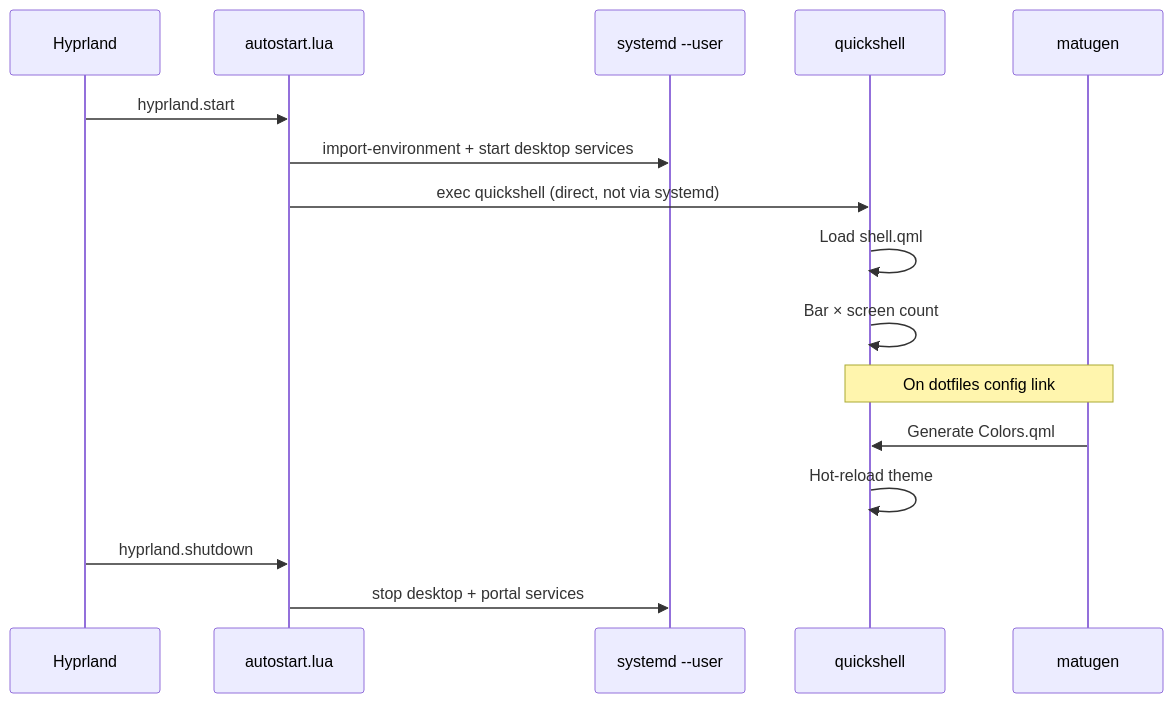
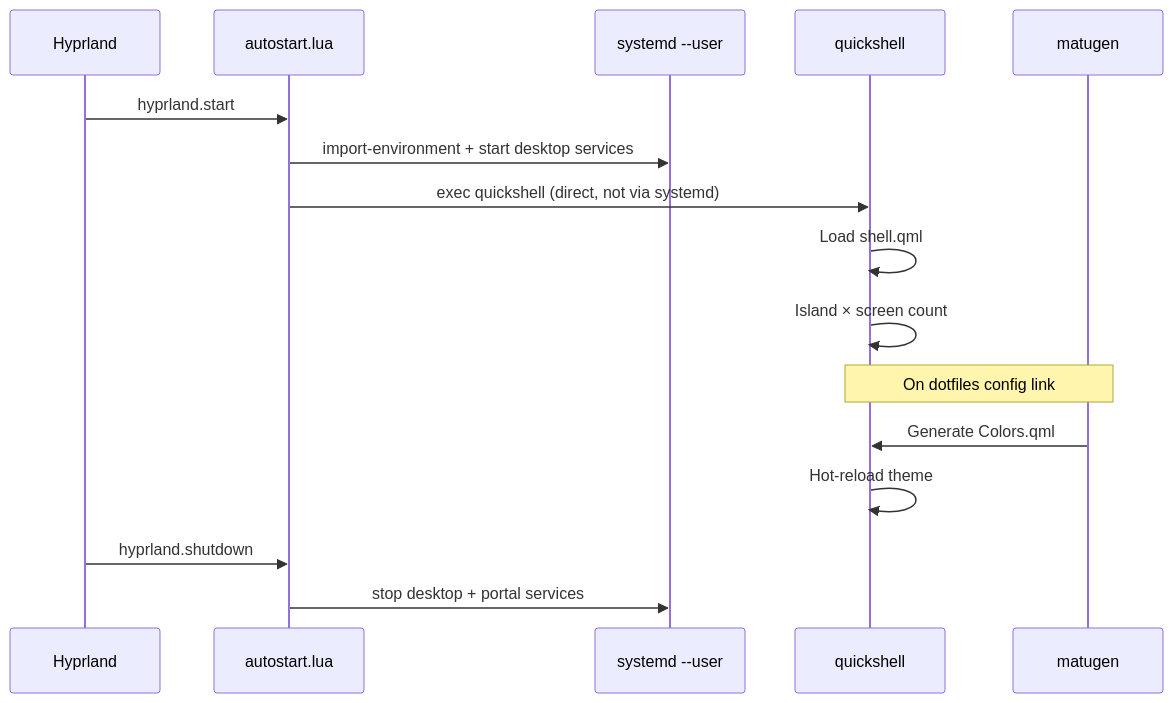
The fourth of 4 diagrams in stow/quickshell/.config/quickshell/OVERVIEW.md (Genoux/dotfiles), drawn with Mermaid before and after one commit. The commit also changed other lines of this file and 80 other files, not shown here.

First line of the commit message:
feat(shell): replace the old bar with the island

````diff
--- a/stow/quickshell/.config/quickshell/OVERVIEW.md
+++ b/stow/quickshell/.config/quickshell/OVERVIEW.md
@@ -372,21 +369,21 @@
 ```mermaid
 sequenceDiagram
     participant H as Hyprland
     participant AS as autostart.lua
     participant SD as systemd --user
     participant QS as quickshell
     participant MAT as matugen
 
     H->>AS: hyprland.start
     AS->>SD: import-environment + start desktop services
     AS->>QS: exec quickshell (direct, not via systemd)
     QS->>QS: Load shell.qml
-    QS->>QS: Bar × screen count
+    QS->>QS: Island × screen count
 
     Note over MAT,QS: On dotfiles config link
     MAT->>QS: Generate Colors.qml
     QS->>QS: Hot-reload theme
 
     H->>AS: hyprland.shutdown
     AS->>SD: stop desktop + portal services
 ```
````
